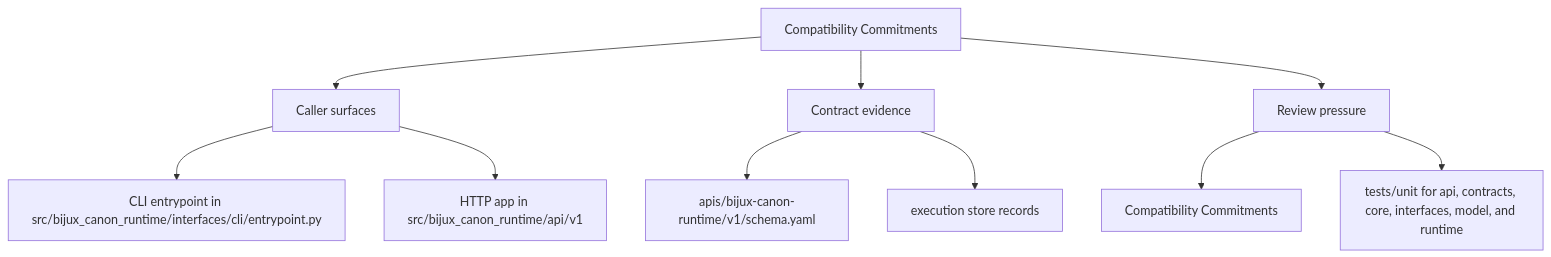
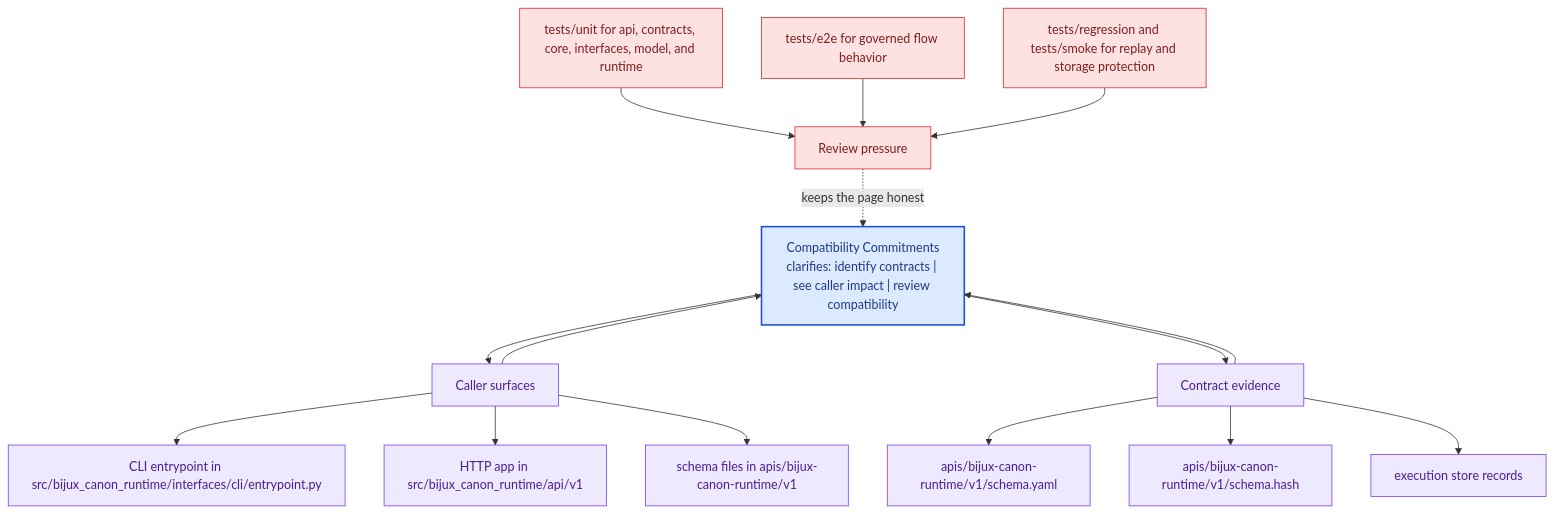
One commit to bijux/bijux-canon changed the second of 2 diagrams in docs/bijux-canon-runtime/interfaces/compatibility-commitments.md. Above: the diagram before and after it, drawn with Mermaid. The commit also changed other lines of this file and 281 other files, not shown here.

Commit message:
docs(diagrams): deepen handbook mermaid maps across the catalog

````diff
--- a/docs/bijux-canon-runtime/interfaces/compatibility-commitments.md
+++ b/docs/bijux-canon-runtime/interfaces/compatibility-commitments.md
@@ -35,22 +68,41 @@
 ```mermaid
-flowchart TD
-    page["Compatibility Commitments"]
+flowchart TB
+    promise["Compatibility Commitments<br/>clarifies: identify contracts | see caller impact | review compatibility"]
+    classDef promise fill:#dbeafe,stroke:#1d4ed8,color:#1e3a8a,stroke-width:2px;
+    classDef driver fill:#dcfce7,stroke:#16a34a,color:#14532d;
+    classDef constraint fill:#fee2e2,stroke:#dc2626,color:#7f1d1d;
+    classDef ground fill:#ede9fe,stroke:#7c3aed,color:#4c1d95;
     focus1["Caller surfaces"]
-    page --> focus1
+    focus1 --> promise
+    promise --> focus1
     focus1_1["CLI entrypoint in src/bijux_canon_runtime/interfaces/cli/entrypoint.py"]
     focus1 --> focus1_1
     focus1_2["HTTP app in src/bijux_canon_runtime/api/v1"]
     focus1 --> focus1_2
+    focus1_3["schema files in apis/bijux-canon-runtime/v1"]
+    focus1 --> focus1_3
+    class focus1 ground;
+    class focus1_1,focus1_2,focus1_3 ground;
     focus2["Contract evidence"]
-    page --> focus2
+    focus2 --> promise
+    promise --> focus2
     focus2_1["apis/bijux-canon-runtime/v1/schema.yaml"]
     focus2 --> focus2_1
-    focus2_2["execution store records"]
+    focus2_2["apis/bijux-canon-runtime/v1/schema.hash"]
     focus2 --> focus2_2
+    focus2_3["execution store records"]
+    focus2 --> focus2_3
+    class focus2 ground;
+    class focus2_1,focus2_2,focus2_3 ground;
     focus3["Review pressure"]
-    page --> focus3
-    focus3_1["Compatibility Commitments"]
-    focus3 --> focus3_1
-    focus3_2["tests/unit for api, contracts, core, interfaces, model, and runtime"]
-    focus3 --> focus3_2
+    focus3 -.keeps the page honest.-> promise
+    focus3_1["tests/unit for api, contracts, core, interfaces, model, and runtime"]
+    focus3_1 --> focus3
+    focus3_2["tests/e2e for governed flow behavior"]
+    focus3_2 --> focus3
+    focus3_3["tests/regression and tests/smoke for replay and storage protection"]
+    focus3_3 --> focus3
+    class focus3 constraint;
+    class focus3_1,focus3_2,focus3_3 constraint;
+    class promise promise;
 ```
````
